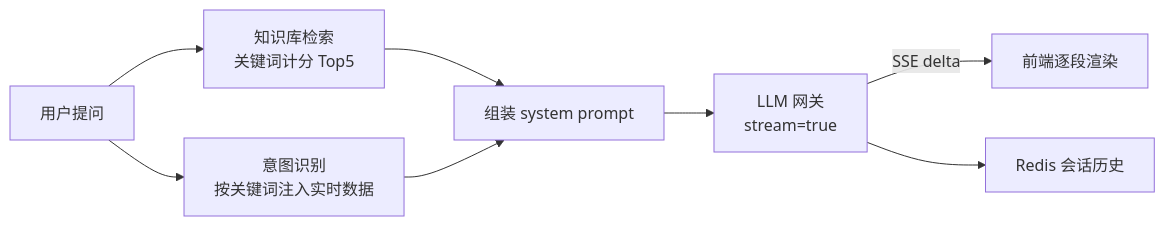
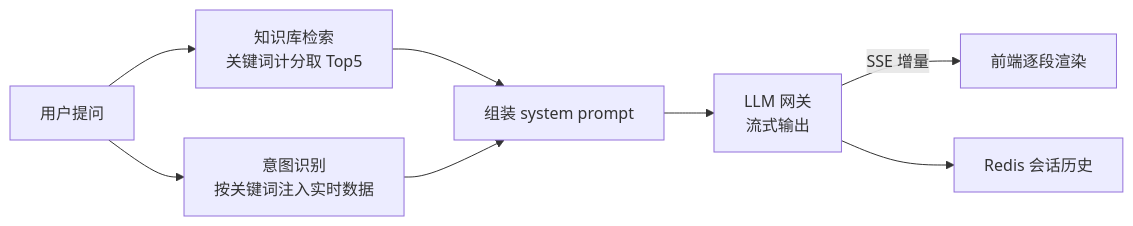
One commit to Wink-wangchuan/lab-reservation-system changed the fourth of 4 diagrams in README.md. Above: the diagram before and after it, drawn with Mermaid. The commit also changed other lines of this file, not shown here.

First line of the commit message:
docs: 修正 README 中 Mermaid 图表的解析问题

````diff
--- a/README.md
+++ b/README.md
@@ -358,10 +362,10 @@
 ```mermaid
 flowchart LR
-    Q[用户提问] --> K[知识库检索<br/>关键词计分 Top5]
-    Q --> D[意图识别<br/>按关键词注入实时数据]
-    K --> P[组装 system prompt]
+    Q["用户提问"] --> K["知识库检索<br/>关键词计分取 Top5"]
+    Q --> D["意图识别<br/>按关键词注入实时数据"]
+    K --> P["组装 system prompt"]
     D --> P
-    P --> L[LLM 网关<br/>stream=true]
-    L -->|SSE delta| F[前端逐段渲染]
-    L --> H[Redis 会话历史]
+    P --> L["LLM 网关<br/>流式输出"]
+    L -->|"SSE 增量"| F["前端逐段渲染"]
+    L --> H["Redis 会话历史"]
 ```
````
